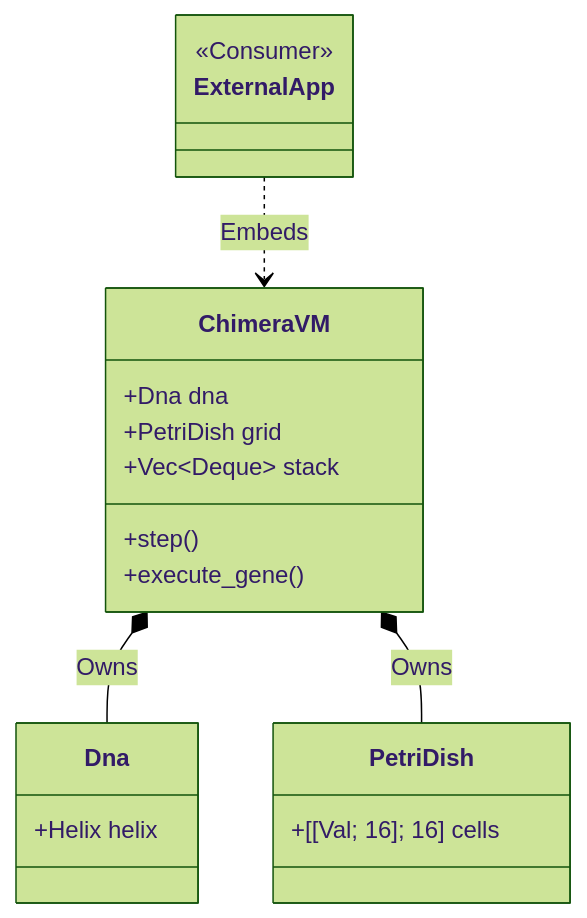
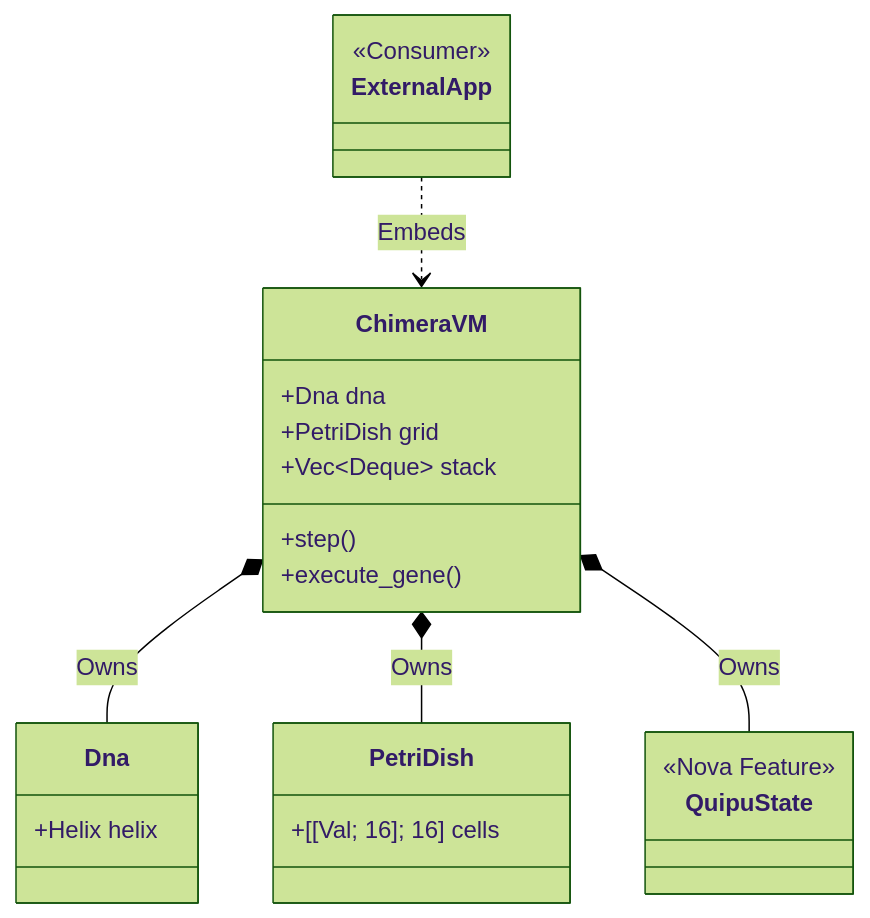
One commit to madmax983/skunkworks changed the ninth of 22 diagrams in docs/architecture.md. Above: the diagram before and after it, drawn with Mermaid (forest theme). The commit also changed other lines of this file and 1 other file, not shown here.

First line of the commit message:
docs: Add ADR 021 for Quipu Memory System and update architecture diagrams

````diff
--- a/docs/architecture.md
+++ b/docs/architecture.md
@@ -245,27 +245,32 @@
 ```mermaid
 classDiagram
     direction TB
     class ChimeraVM {
         +Dna dna
         +PetriDish grid
         +Vec~Deque~ stack
         +step()
         +execute_gene()
     }
 
     class Dna {
         +Helix helix
     }
 
     class PetriDish {
         +[[Val; 16]; 16] cells
     }
 
+    class QuipuState {
+        <<Nova Feature>>
+    }
+
     class ExternalApp {
         <<Consumer>>
     }
 
     ChimeraVM *-- Dna : Owns
     ChimeraVM *-- PetriDish : Owns
+    ChimeraVM *-- QuipuState : Owns
     ExternalApp ..> ChimeraVM : Embeds
 ```
````
